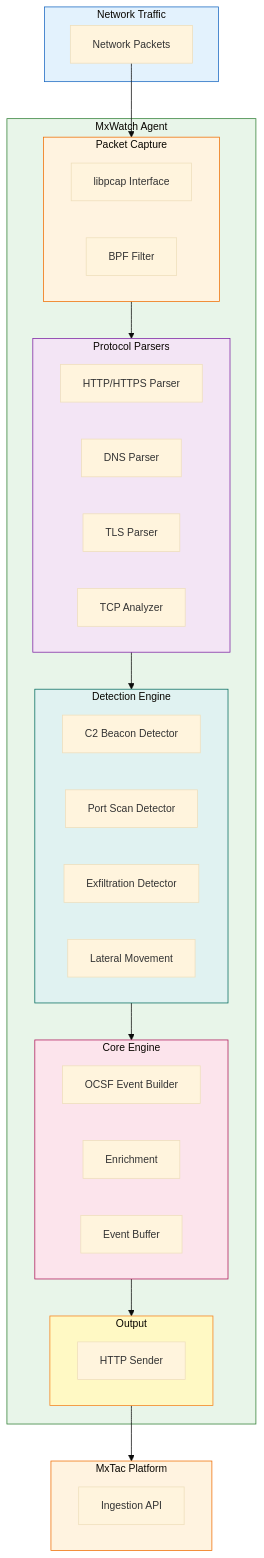
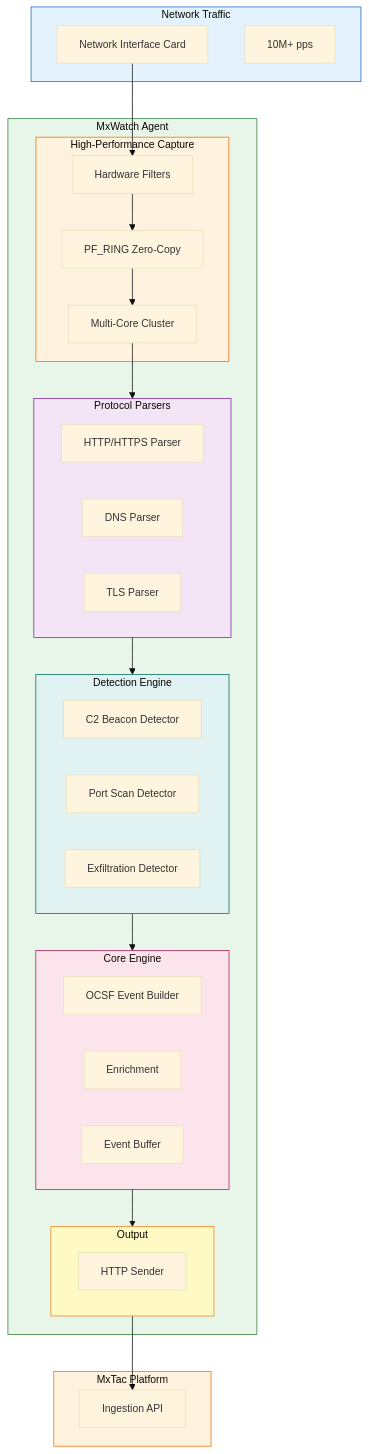
One commit to fankh/mxtac changed the diagram in agents/mxwatch/01-ARCHITECTURE.md. Above: the diagram before and after it, drawn with Mermaid. The commit also changed other lines of this file and 1 other file, not shown here.

First line of the commit message:
feat(mxwatch): migrate from libpcap to PF_RING for high-performance packet capture

````diff
--- a/agents/mxwatch/01-ARCHITECTURE.md
+++ b/agents/mxwatch/01-ARCHITECTURE.md
@@ -24,58 +24,60 @@
 ```mermaid
 %%{init: {'theme': 'base', 'themeVariables': { 'fontSize': '14px' }, 'flowchart': { 'useMaxWidth': true }}}%%
 flowchart TB
     subgraph Network["Network Traffic"]
         style Network fill:#e3f2fd,stroke:#1565c0
-        PACKETS[Network Packets]
+        NIC[Network Interface Card]
+        PACKETS[10M+ pps]
     end
 
     subgraph Agent["MxWatch Agent"]
         style Agent fill:#e8f5e9,stroke:#2e7d32
 
-        subgraph Capture["Packet Capture"]
+        subgraph Capture["High-Performance Capture"]
             style Capture fill:#fff3e0,stroke:#ef6c00
-            PCAP[libpcap Interface]
-            FILTER[BPF Filter]
+            PFRING[PF_RING Zero-Copy]
+            HWFILTER[Hardware Filters]
+            CLUSTER[Multi-Core Cluster]
         end
 
         subgraph Parsers["Protocol Parsers"]
             style Parsers fill:#f3e5f5,stroke:#7b1fa2
             HTTP[HTTP/HTTPS Parser]
             DNS[DNS Parser]
             TLS[TLS Parser]
-            TCP[TCP Analyzer]
         end
 
         subgraph Detection["Detection Engine"]
             style Detection fill:#e0f2f1,stroke:#00695c
             C2[C2 Beacon Detector]
             SCAN[Port Scan Detector]
             EXFIL[Exfiltration Detector]
-            LATERAL[Lateral Movement]
         end
 
         subgraph Core["Core Engine"]
             style Core fill:#fce4ec,stroke:#ad1457
             BUILDER[OCSF Event Builder]
             ENRICH[Enrichment]
             BUFFER[Event Buffer]
         end
 
         subgraph Output["Output"]
             style Output fill:#fff9c4,stroke:#f57f17
             HTTP_OUT[HTTP Sender]
         end
     end
 
     subgraph Platform["MxTac Platform"]
         style Platform fill:#fff3e0,stroke:#ef6c00
         API[Ingestion API]
     end
 
-    PACKETS --> Capture
-    Capture --> Parsers
+    NIC --> HWFILTER
+    HWFILTER --> PFRING
+    PFRING --> CLUSTER
+    CLUSTER --> Parsers
     Parsers --> Detection
     Detection --> Core
     Core --> Output
-    Output --> Platform
+    Output --> API
 ```
````
